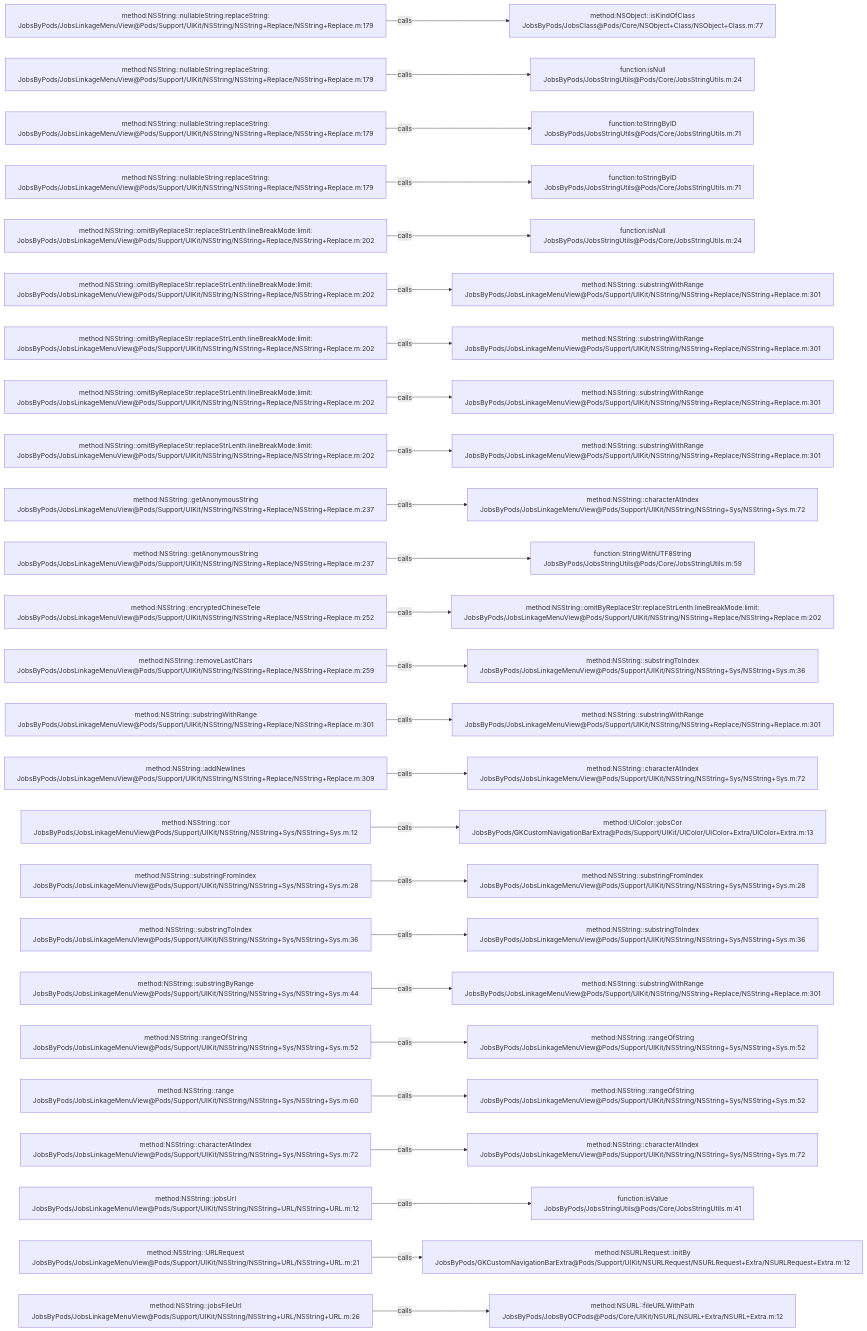
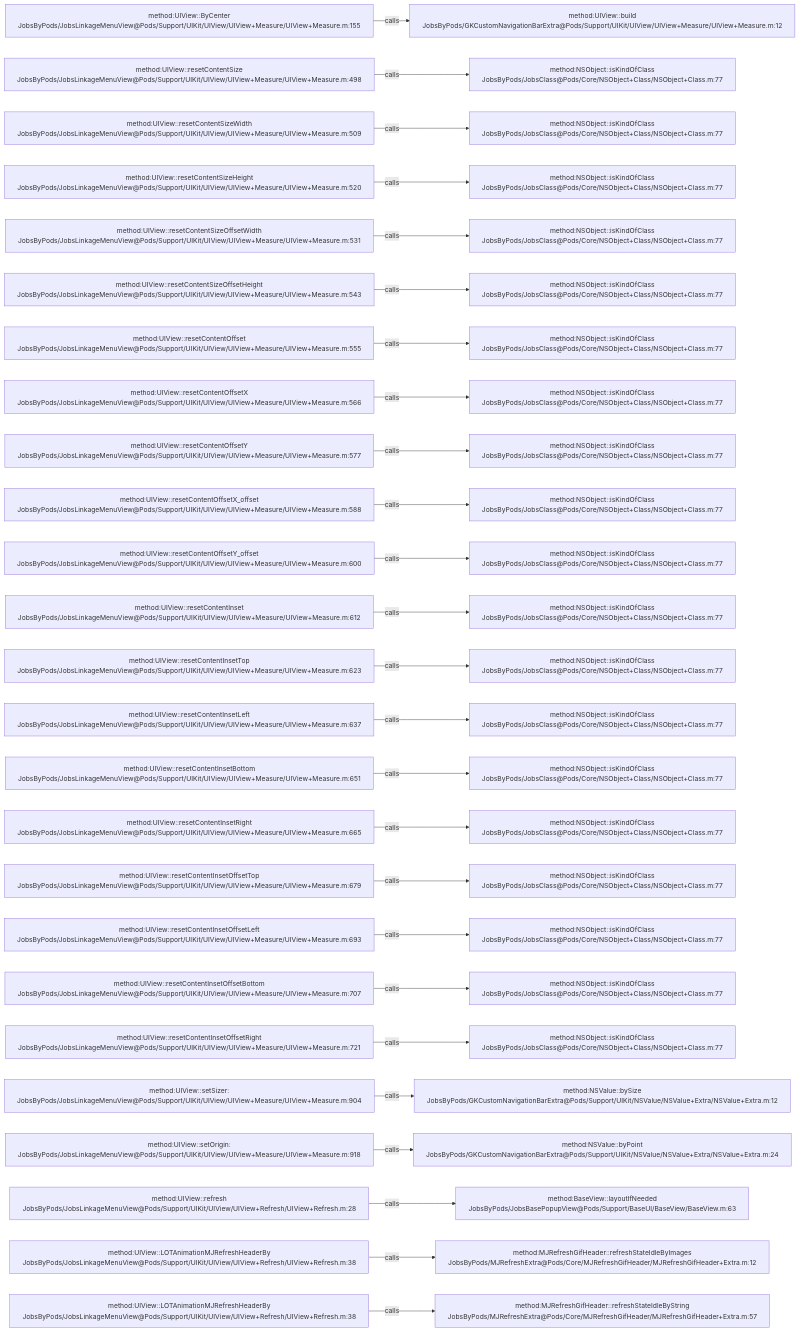
One commit to JobsKits/JobsOCBaseConfigDemo changed the diagram in .codegraph/codegraph.md/graphs/calls-105.md. Above: the diagram before and after it, drawn with Mermaid. The commit also changed 639 other files, not shown here.

````diff
--- a/.codegraph/codegraph.md/graphs/calls-105.md
+++ b/.codegraph/codegraph.md/graphs/calls-105.md
@@ -13,78 +13,78 @@
 ```mermaid
 flowchart LR
-  S1["method:NSString::nullableString:replaceString:<br/>JobsByPods/JobsLinkageMenuView@Pods/Support/UIKit/NSString/NSString+Replace/NSString+Replace.m:179"]
-  T1["method:NSObject::isKindOfClass<br/>JobsByPods/JobsClass@Pods/Core/NSObject+Class/NSObject+Class.m:77"]
+  S1["method:UIView::ByCenter<br/>JobsByPods/JobsLinkageMenuView@Pods/Support/UIKit/UIView/UIView+Measure/UIView+Measure.m:155"]
+  T1["method:UIView::build<br/>JobsByPods/GKCustomNavigationBarExtra@Pods/Support/UIKit/UIView/UIView+Measure/UIView+Measure.m:12"]
   S1 -->|calls| T1
-  S2["method:NSString::nullableString:replaceString:<br/>JobsByPods/JobsLinkageMenuView@Pods/Support/UIKit/NSString/NSString+Replace/NSString+Replace.m:179"]
-  T2["function:isNull<br/>JobsByPods/JobsStringUtils@Pods/Core/JobsStringUtils.m:24"]
+  S2["method:UIView::resetContentSize<br/>JobsByPods/JobsLinkageMenuView@Pods/Support/UIKit/UIView/UIView+Measure/UIView+Measure.m:498"]
+  T2["method:NSObject::isKindOfClass<br/>JobsByPods/JobsClass@Pods/Core/NSObject+Class/NSObject+Class.m:77"]
   S2 -->|calls| T2
-  S3["method:NSString::nullableString:replaceString:<br/>JobsByPods/JobsLinkageMenuView@Pods/Support/UIKit/NSString/NSString+Replace/NSString+Replace.m:179"]
-  T3["function:toStringByID<br/>JobsByPods/JobsStringUtils@Pods/Core/JobsStringUtils.m:71"]
+  S3["method:UIView::resetContentSizeWidth<br/>JobsByPods/JobsLinkageMenuView@Pods/Support/UIKit/UIView/UIView+Measure/UIView+Measure.m:509"]
+  T3["method:NSObject::isKindOfClass<br/>JobsByPods/JobsClass@Pods/Core/NSObject+Class/NSObject+Class.m:77"]
   S3 -->|calls| T3
-  S4["method:NSString::nullableString:replaceString:<br/>JobsByPods/JobsLinkageMenuView@Pods/Support/UIKit/NSString/NSString+Replace/NSString+Replace.m:179"]
-  T4["function:toStringByID<br/>JobsByPods/JobsStringUtils@Pods/Core/JobsStringUtils.m:71"]
+  S4["method:UIView::resetContentSizeHeight<br/>JobsByPods/JobsLinkageMenuView@Pods/Support/UIKit/UIView/UIView+Measure/UIView+Measure.m:520"]
+  T4["method:NSObject::isKindOfClass<br/>JobsByPods/JobsClass@Pods/Core/NSObject+Class/NSObject+Class.m:77"]
   S4 -->|calls| T4
-  S5["method:NSString::omitByReplaceStr:replaceStrLenth:lineBreakMode:limit:<br/>JobsByPods/JobsLinkageMenuView@Pods/Support/UIKit/NSString/NSString+Replace/NSString+Replace.m:202"]
-  T5["function:isNull<br/>JobsByPods/JobsStringUtils@Pods/Core/JobsStringUtils.m:24"]
+  S5["method:UIView::resetContentSizeOffsetWidth<br/>JobsByPods/JobsLinkageMenuView@Pods/Support/UIKit/UIView/UIView+Measure/UIView+Measure.m:531"]
+  T5["method:NSObject::isKindOfClass<br/>JobsByPods/JobsClass@Pods/Core/NSObject+Class/NSObject+Class.m:77"]
   S5 -->|calls| T5
-  S6["method:NSString::omitByReplaceStr:replaceStrLenth:lineBreakMode:limit:<br/>JobsByPods/JobsLinkageMenuView@Pods/Support/UIKit/NSString/NSString+Replace/NSString+Replace.m:202"]
-  T6["method:NSString::substringWithRange<br/>JobsByPods/JobsLinkageMenuView@Pods/Support/UIKit/NSString/NSString+Replace/NSString+Replace.m:301"]
+  S6["method:UIView::resetContentSizeOffsetHeight<br/>JobsByPods/JobsLinkageMenuView@Pods/Support/UIKit/UIView/UIView+Measure/UIView+Measure.m:543"]
+  T6["method:NSObject::isKindOfClass<br/>JobsByPods/JobsClass@Pods/Core/NSObject+Class/NSObject+Class.m:77"]
   S6 -->|calls| T6
-  S7["method:NSString::omitByReplaceStr:replaceStrLenth:lineBreakMode:limit:<br/>JobsByPods/JobsLinkageMenuView@Pods/Support/UIKit/NSString/NSString+Replace/NSString+Replace.m:202"]
-  T7["method:NSString::substringWithRange<br/>JobsByPods/JobsLinkageMenuView@Pods/Support/UIKit/NSString/NSString+Replace/NSString+Replace.m:301"]
+  S7["method:UIView::resetContentOffset<br/>JobsByPods/JobsLinkageMenuView@Pods/Support/UIKit/UIView/UIView+Measure/UIView+Measure.m:555"]
+  T7["method:NSObject::isKindOfClass<br/>JobsByPods/JobsClass@Pods/Core/NSObject+Class/NSObject+Class.m:77"]
   S7 -->|calls| T7
-  S8["method:NSString::omitByReplaceStr:replaceStrLenth:lineBreakMode:limit:<br/>JobsByPods/JobsLinkageMenuView@Pods/Support/UIKit/NSString/NSString+Replace/NSString+Replace.m:202"]
-  T8["method:NSString::substringWithRange<br/>JobsByPods/JobsLinkageMenuView@Pods/Support/UIKit/NSString/NSString+Replace/NSString+Replace.m:301"]
+  S8["method:UIView::resetContentOffsetX<br/>JobsByPods/JobsLinkageMenuView@Pods/Support/UIKit/UIView/UIView+Measure/UIView+Measure.m:566"]
+  T8["method:NSObject::isKindOfClass<br/>JobsByPods/JobsClass@Pods/Core/NSObject+Class/NSObject+Class.m:77"]
   S8 -->|calls| T8
-  S9["method:NSString::omitByReplaceStr:replaceStrLenth:lineBreakMode:limit:<br/>JobsByPods/JobsLinkageMenuView@Pods/Support/UIKit/NSString/NSString+Replace/NSString+Replace.m:202"]
-  T9["method:NSString::substringWithRange<br/>JobsByPods/JobsLinkageMenuView@Pods/Support/UIKit/NSString/NSString+Replace/NSString+Replace.m:301"]
+  S9["method:UIView::resetContentOffsetY<br/>JobsByPods/JobsLinkageMenuView@Pods/Support/UIKit/UIView/UIView+Measure/UIView+Measure.m:577"]
+  T9["method:NSObject::isKindOfClass<br/>JobsByPods/JobsClass@Pods/Core/NSObject+Class/NSObject+Class.m:77"]
   S9 -->|calls| T9
-  S10["method:NSString::getAnonymousString<br/>JobsByPods/JobsLinkageMenuView@Pods/Support/UIKit/NSString/NSString+Replace/NSString+Replace.m:237"]
-  T10["method:NSString::characterAtIndex<br/>JobsByPods/JobsLinkageMenuView@Pods/Support/UIKit/NSString/NSString+Sys/NSString+Sys.m:72"]
+  S10["method:UIView::resetContentOffsetX_offset<br/>JobsByPods/JobsLinkageMenuView@Pods/Support/UIKit/UIView/UIView+Measure/UIView+Measure.m:588"]
+  T10["method:NSObject::isKindOfClass<br/>JobsByPods/JobsClass@Pods/Core/NSObject+Class/NSObject+Class.m:77"]
   S10 -->|calls| T10
-  S11["method:NSString::getAnonymousString<br/>JobsByPods/JobsLinkageMenuView@Pods/Support/UIKit/NSString/NSString+Replace/NSString+Replace.m:237"]
-  T11["function:StringWithUTF8String<br/>JobsByPods/JobsStringUtils@Pods/Core/JobsStringUtils.m:59"]
+  S11["method:UIView::resetContentOffsetY_offset<br/>JobsByPods/JobsLinkageMenuView@Pods/Support/UIKit/UIView/UIView+Measure/UIView+Measure.m:600"]
+  T11["method:NSObject::isKindOfClass<br/>JobsByPods/JobsClass@Pods/Core/NSObject+Class/NSObject+Class.m:77"]
   S11 -->|calls| T11
-  S12["method:NSString::encryptedChineseTele<br/>JobsByPods/JobsLinkageMenuView@Pods/Support/UIKit/NSString/NSString+Replace/NSString+Replace.m:252"]
-  T12["method:NSString::omitByReplaceStr:replaceStrLenth:lineBreakMode:limit:<br/>JobsByPods/JobsLinkageMenuView@Pods/Support/UIKit/NSString/NSString+Replace/NSString+Replace.m:202"]
+  S12["method:UIView::resetContentInset<br/>JobsByPods/JobsLinkageMenuView@Pods/Support/UIKit/UIView/UIView+Measure/UIView+Measure.m:612"]
+  T12["method:NSObject::isKindOfClass<br/>JobsByPods/JobsClass@Pods/Core/NSObject+Class/NSObject+Class.m:77"]
   S12 -->|calls| T12
-  S13["method:NSString::removeLastChars<br/>JobsByPods/JobsLinkageMenuView@Pods/Support/UIKit/NSString/NSString+Replace/NSString+Replace.m:259"]
-  T13["method:NSString::substringToIndex<br/>JobsByPods/JobsLinkageMenuView@Pods/Support/UIKit/NSString/NSString+Sys/NSString+Sys.m:36"]
+  S13["method:UIView::resetContentInsetTop<br/>JobsByPods/JobsLinkageMenuView@Pods/Support/UIKit/UIView/UIView+Measure/UIView+Measure.m:623"]
+  T13["method:NSObject::isKindOfClass<br/>JobsByPods/JobsClass@Pods/Core/NSObject+Class/NSObject+Class.m:77"]
   S13 -->|calls| T13
-  S14["method:NSString::substringWithRange<br/>JobsByPods/JobsLinkageMenuView@Pods/Support/UIKit/NSString/NSString+Replace/NSString+Replace.m:301"]
-  T14["method:NSString::substringWithRange<br/>JobsByPods/JobsLinkageMenuView@Pods/Support/UIKit/NSString/NSString+Replace/NSString+Replace.m:301"]
+  S14["method:UIView::resetContentInsetLeft<br/>JobsByPods/JobsLinkageMenuView@Pods/Support/UIKit/UIView/UIView+Measure/UIView+Measure.m:637"]
+  T14["method:NSObject::isKindOfClass<br/>JobsByPods/JobsClass@Pods/Core/NSObject+Class/NSObject+Class.m:77"]
   S14 -->|calls| T14
-  S15["method:NSString::addNewlines<br/>JobsByPods/JobsLinkageMenuView@Pods/Support/UIKit/NSString/NSString+Replace/NSString+Replace.m:309"]
-  T15["method:NSString::characterAtIndex<br/>JobsByPods/JobsLinkageMenuView@Pods/Support/UIKit/NSString/NSString+Sys/NSString+Sys.m:72"]
+  S15["method:UIView::resetContentInsetBottom<br/>JobsByPods/JobsLinkageMenuView@Pods/Support/UIKit/UIView/UIView+Measure/UIView+Measure.m:651"]
+  T15["method:NSObject::isKindOfClass<br/>JobsByPods/JobsClass@Pods/Core/NSObject+Class/NSObject+Class.m:77"]
   S15 -->|calls| T15
-  S16["method:NSString::cor<br/>JobsByPods/JobsLinkageMenuView@Pods/Support/UIKit/NSString/NSString+Sys/NSString+Sys.m:12"]
-  T16["method:UIColor::jobsCor<br/>JobsByPods/GKCustomNavigationBarExtra@Pods/Support/UIKit/UIColor/UIColor+Extra/UIColor+Extra.m:13"]
+  S16["method:UIView::resetContentInsetRight<br/>JobsByPods/JobsLinkageMenuView@Pods/Support/UIKit/UIView/UIView+Measure/UIView+Measure.m:665"]
+  T16["method:NSObject::isKindOfClass<br/>JobsByPods/JobsClass@Pods/Core/NSObject+Class/NSObject+Class.m:77"]
   S16 -->|calls| T16
-  S17["method:NSString::substringFromIndex<br/>JobsByPods/JobsLinkageMenuView@Pods/Support/UIKit/NSString/NSString+Sys/NSString+Sys.m:28"]
-  T17["method:NSString::substringFromIndex<br/>JobsByPods/JobsLinkageMenuView@Pods/Support/UIKit/NSString/NSString+Sys/NSString+Sys.m:28"]
+  S17["method:UIView::resetContentInsetOffsetTop<br/>JobsByPods/JobsLinkageMenuView@Pods/Support/UIKit/UIView/UIView+Measure/UIView+Measure.m:679"]
+  T17["method:NSObject::isKindOfClass<br/>JobsByPods/JobsClass@Pods/Core/NSObject+Class/NSObject+Class.m:77"]
   S17 -->|calls| T17
-  S18["method:NSString::substringToIndex<br/>JobsByPods/JobsLinkageMenuView@Pods/Support/UIKit/NSString/NSString+Sys/NSString+Sys.m:36"]
-  T18["method:NSString::substringToIndex<br/>JobsByPods/JobsLinkageMenuView@Pods/Support/UIKit/NSString/NSString+Sys/NSString+Sys.m:36"]
+  S18["method:UIView::resetContentInsetOffsetLeft<br/>JobsByPods/JobsLinkageMenuView@Pods/Support/UIKit/UIView/UIView+Measure/UIView+Measure.m:693"]
+  T18["method:NSObject::isKindOfClass<br/>JobsByPods/JobsClass@Pods/Core/NSObject+Class/NSObject+Class.m:77"]
   S18 -->|calls| T18
-  S19["method:NSString::substringByRange<br/>JobsByPods/JobsLinkageMenuView@Pods/Support/UIKit/NSString/NSString+Sys/NSString+Sys.m:44"]
-  T19["method:NSString::substringWithRange<br/>JobsByPods/JobsLinkageMenuView@Pods/Support/UIKit/NSString/NSString+Replace/NSString+Replace.m:301"]
+  S19["method:UIView::resetContentInsetOffsetBottom<br/>JobsByPods/JobsLinkageMenuView@Pods/Support/UIKit/UIView/UIView+Measure/UIView+Measure.m:707"]
+  T19["method:NSObject::isKindOfClass<br/>JobsByPods/JobsClass@Pods/Core/NSObject+Class/NSObject+Class.m:77"]
   S19 -->|calls| T19
-  S20["method:NSString::rangeOfString<br/>JobsByPods/JobsLinkageMenuView@Pods/Support/UIKit/NSString/NSString+Sys/NSString+Sys.m:52"]
-  T20["method:NSString::rangeOfString<br/>JobsByPods/JobsLinkageMenuView@Pods/Support/UIKit/NSString/NSString+Sys/NSString+Sys.m:52"]
+  S20["method:UIView::resetContentInsetOffsetRight<br/>JobsByPods/JobsLinkageMenuView@Pods/Support/UIKit/UIView/UIView+Measure/UIView+Measure.m:721"]
+  T20["method:NSObject::isKindOfClass<br/>JobsByPods/JobsClass@Pods/Core/NSObject+Class/NSObject+Class.m:77"]
   S20 -->|calls| T20
-  S21["method:NSString::range<br/>JobsByPods/JobsLinkageMenuView@Pods/Support/UIKit/NSString/NSString+Sys/NSString+Sys.m:60"]
-  T21["method:NSString::rangeOfString<br/>JobsByPods/JobsLinkageMenuView@Pods/Support/UIKit/NSString/NSString+Sys/NSString+Sys.m:52"]
+  S21["method:UIView::setSizer:<br/>JobsByPods/JobsLinkageMenuView@Pods/Support/UIKit/UIView/UIView+Measure/UIView+Measure.m:904"]
+  T21["method:NSValue::bySize<br/>JobsByPods/GKCustomNavigationBarExtra@Pods/Support/UIKit/NSValue/NSValue+Extra/NSValue+Extra.m:12"]
   S21 -->|calls| T21
-  S22["method:NSString::characterAtIndex<br/>JobsByPods/JobsLinkageMenuView@Pods/Support/UIKit/NSString/NSString+Sys/NSString+Sys.m:72"]
-  T22["method:NSString::characterAtIndex<br/>JobsByPods/JobsLinkageMenuView@Pods/Support/UIKit/NSString/NSString+Sys/NSString+Sys.m:72"]
+  S22["method:UIView::setOrigin:<br/>JobsByPods/JobsLinkageMenuView@Pods/Support/UIKit/UIView/UIView+Measure/UIView+Measure.m:918"]
+  T22["method:NSValue::byPoint<br/>JobsByPods/GKCustomNavigationBarExtra@Pods/Support/UIKit/NSValue/NSValue+Extra/NSValue+Extra.m:24"]
   S22 -->|calls| T22
-  S23["method:NSString::jobsUrl<br/>JobsByPods/JobsLinkageMenuView@Pods/Support/UIKit/NSString/NSString+URL/NSString+URL.m:12"]
-  T23["function:isValue<br/>JobsByPods/JobsStringUtils@Pods/Core/JobsStringUtils.m:41"]
+  S23["method:UIView::refresh<br/>JobsByPods/JobsLinkageMenuView@Pods/Support/UIKit/UIView/UIView+Refresh/UIView+Refresh.m:28"]
+  T23["method:BaseView::layoutIfNeeded<br/>JobsByPods/JobsBasePopupView@Pods/Support/BaseUI/BaseView/BaseView.m:63"]
   S23 -->|calls| T23
-  S24["method:NSString::URLRequest<br/>JobsByPods/JobsLinkageMenuView@Pods/Support/UIKit/NSString/NSString+URL/NSString+URL.m:21"]
-  T24["method:NSURLRequest::initBy<br/>JobsByPods/GKCustomNavigationBarExtra@Pods/Support/UIKit/NSURLRequest/NSURLRequest+Extra/NSURLRequest+Extra.m:12"]
+  S24["method:UIView::LOTAnimationMJRefreshHeaderBy<br/>JobsByPods/JobsLinkageMenuView@Pods/Support/UIKit/UIView/UIView+Refresh/UIView+Refresh.m:38"]
+  T24["method:MJRefreshGifHeader::refreshStateIdleByImages<br/>JobsByPods/MJRefreshExtra@Pods/Core/MJRefreshGifHeader/MJRefreshGifHeader+Extra.m:12"]
   S24 -->|calls| T24
-  S25["method:NSString::jobsFileUrl<br/>JobsByPods/JobsLinkageMenuView@Pods/Support/UIKit/NSString/NSString+URL/NSString+URL.m:26"]
-  T25["method:NSURL::fileURLWithPath<br/>JobsByPods/JobsByOCPods@Pods/Core/UIKit/NSURL/NSURL+Extra/NSURL+Extra.m:12"]
+  S25["method:UIView::LOTAnimationMJRefreshHeaderBy<br/>JobsByPods/JobsLinkageMenuView@Pods/Support/UIKit/UIView/UIView+Refresh/UIView+Refresh.m:38"]
+  T25["method:MJRefreshGifHeader::refreshStateIdleByString<br/>JobsByPods/MJRefreshExtra@Pods/Core/MJRefreshGifHeader/MJRefreshGifHeader+Extra.m:57"]
   S25 -->|calls| T25
 ```
````
